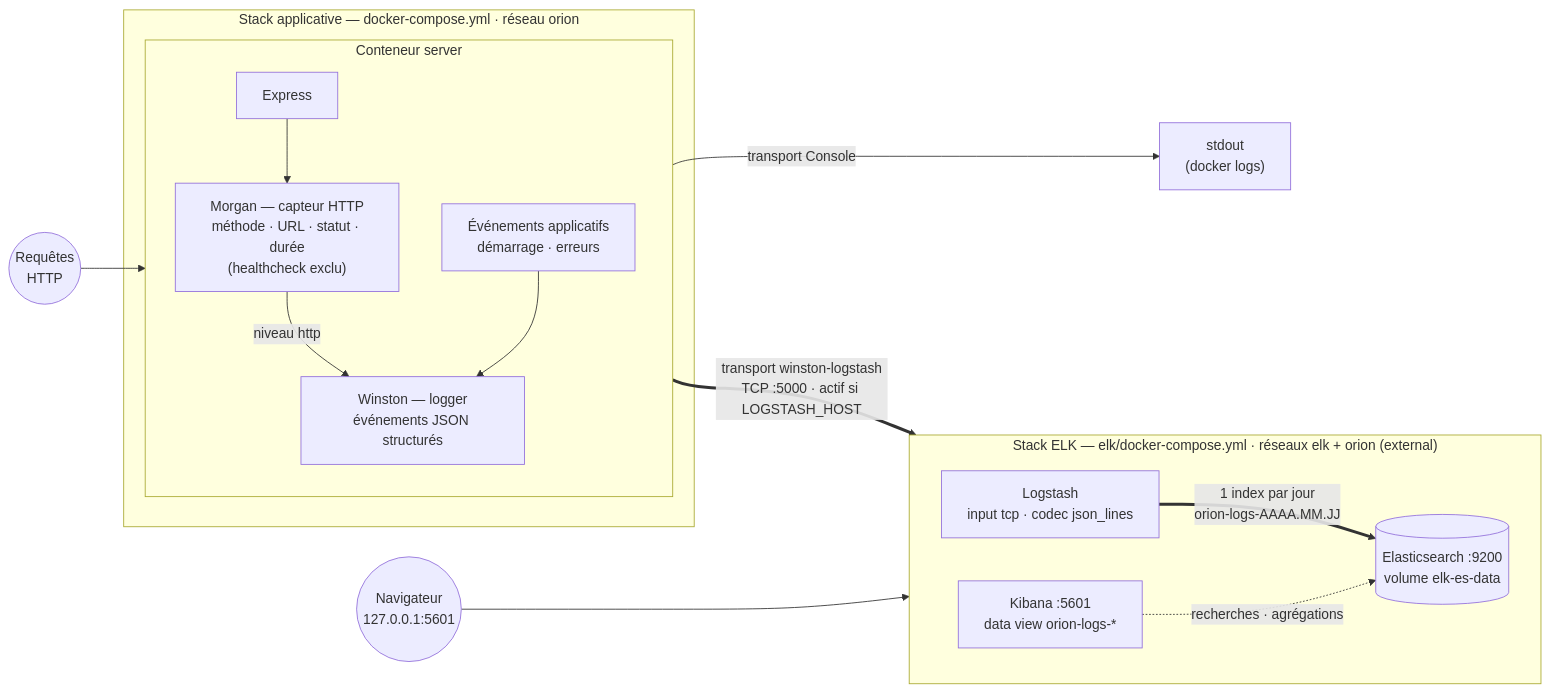
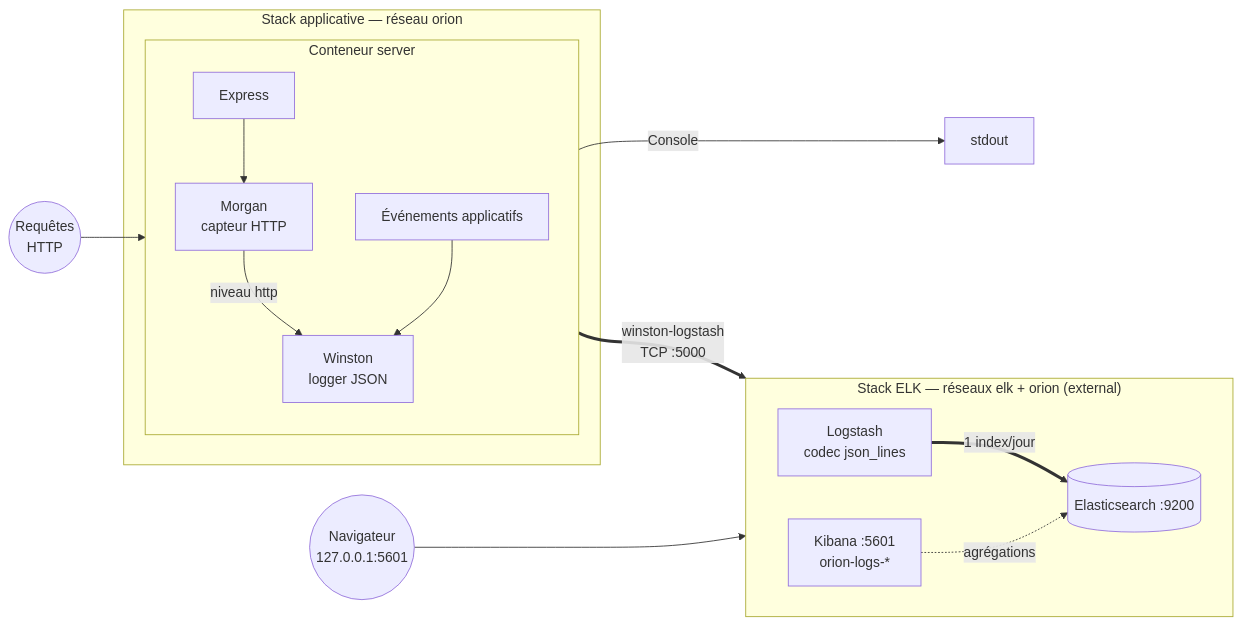
Before and after one commit to EnhydraV/ocr-jsld-p7: the second of 2 diagrams in DOCUMENTATION.md, drawn with Mermaid. The commit also changed other lines of this file and 4 other files, not shown here.

````diff
--- a/DOCUMENTATION.md
+++ b/DOCUMENTATION.md
@@ -380,24 +363,24 @@
 ```mermaid
 flowchart LR
     req(("Requêtes<br/>HTTP")) --> express
 
-    subgraph appstack["Stack applicative — docker-compose.yml · réseau orion"]
+    subgraph appstack["Stack applicative — réseau orion"]
         subgraph srv["Conteneur server"]
             direction TB
-            express["Express"] --> morgan["Morgan — capteur HTTP<br/>méthode · URL · statut · durée<br/>(healthcheck exclu)"]
-            morgan -- "niveau http" --> winston["Winston — logger<br/>événements JSON structurés"]
-            evts["Événements applicatifs<br/>démarrage · erreurs"] --> winston
+            express["Express"] --> morgan["Morgan<br/>capteur HTTP"]
+            morgan -- "niveau http" --> winston["Winston<br/>logger JSON"]
+            evts["Événements applicatifs"] --> winston
         end
     end
 
-    winston -- "transport Console" --> stdout["stdout<br/>(docker logs)"]
-    winston == "transport winston-logstash<br/>TCP :5000 · actif si LOGSTASH_HOST" ==> logstash
+    winston -- "Console" --> stdout["stdout"]
+    winston == "winston-logstash<br/>TCP :5000" ==> logstash
 
-    subgraph elkstack["Stack ELK — elk/docker-compose.yml · réseaux elk + orion (external)"]
+    subgraph elkstack["Stack ELK — réseaux elk + orion (external)"]
         direction LR
-        logstash["Logstash<br/>input tcp · codec json_lines"] == "1 index par jour<br/>orion-logs-AAAA.MM.JJ" ==> es[("Elasticsearch :9200<br/>volume elk-es-data")]
-        kibana["Kibana :5601<br/>data view orion-logs-*"] -. "recherches · agrégations" .-> es
+        logstash["Logstash<br/>codec json_lines"] == "1 index/jour" ==> es[("Elasticsearch :9200")]
+        kibana["Kibana :5601<br/>orion-logs-*"] -. "agrégations" .-> es
     end
 
     dev(("Navigateur<br/>127.0.0.1:5601")) --> kibana
 ```
````
